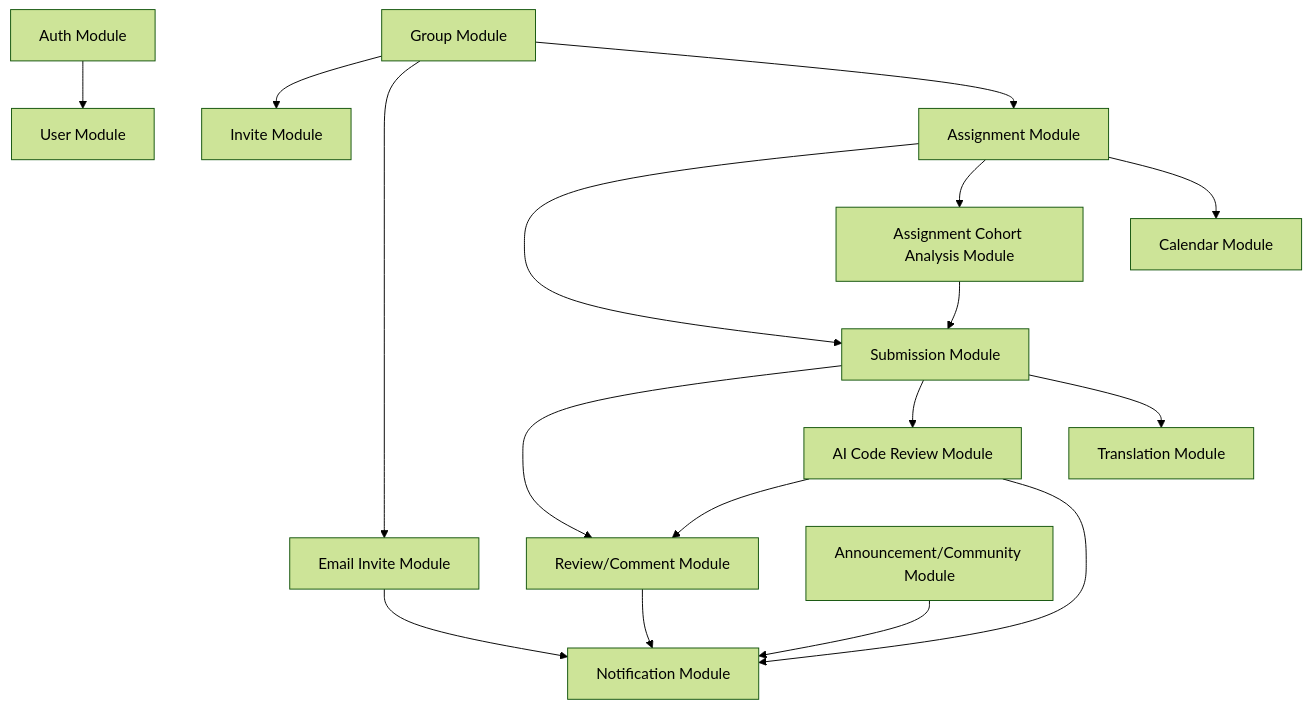
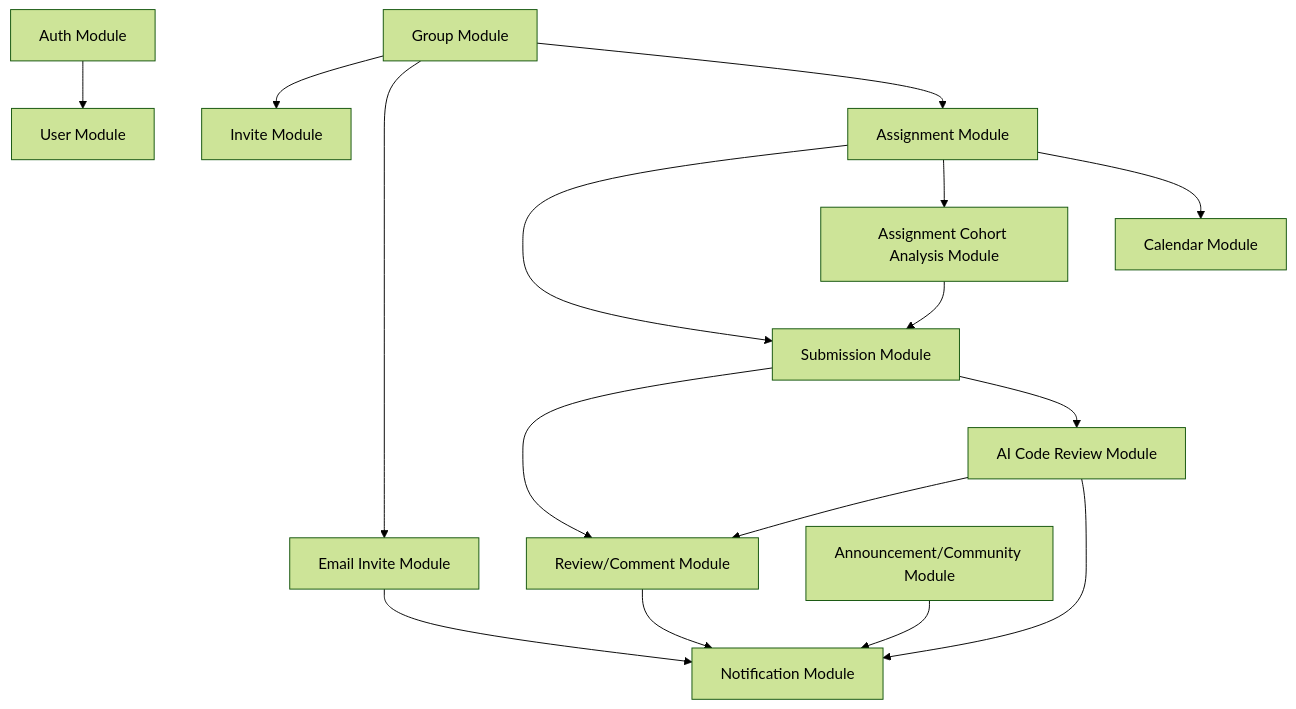
Before and after one commit to seungjoonH/psstudio: the second of 8 diagrams in design/architecture.md, drawn with Mermaid (forest theme). The commit also changed other lines of this file and 15 other files, not shown here.

````diff
--- a/design/architecture.md
+++ b/design/architecture.md
@@ -118,34 +119,32 @@
 ```mermaid
 flowchart TD
     Auth[Auth Module]
     User[User Module]
     Group[Group Module]
     Invite[Invite Module]
     Email[Email Invite Module]
     Assignment[Assignment Module]
     Submission[Submission Module]
     Review[Review/Comment Module]
     AI[AI Code Review Module]
-    Translate[Translation Module]
     CohortCompare[Assignment Cohort Analysis Module]
     Notification[Notification Module]
     Calendar[Calendar Module]
     Board[Announcement/Community Module]
 
     Auth --> User
     Group --> Invite
     Group --> Email
     Group --> Assignment
     Assignment --> Submission
     Submission --> Review
     Submission --> AI
-    Submission --> Translate
     Assignment --> CohortCompare
     CohortCompare --> Submission
     AI --> Review
     AI --> Notification
     Email --> Notification
     Review --> Notification
     Assignment --> Calendar
     Board --> Notification
 ```
````
